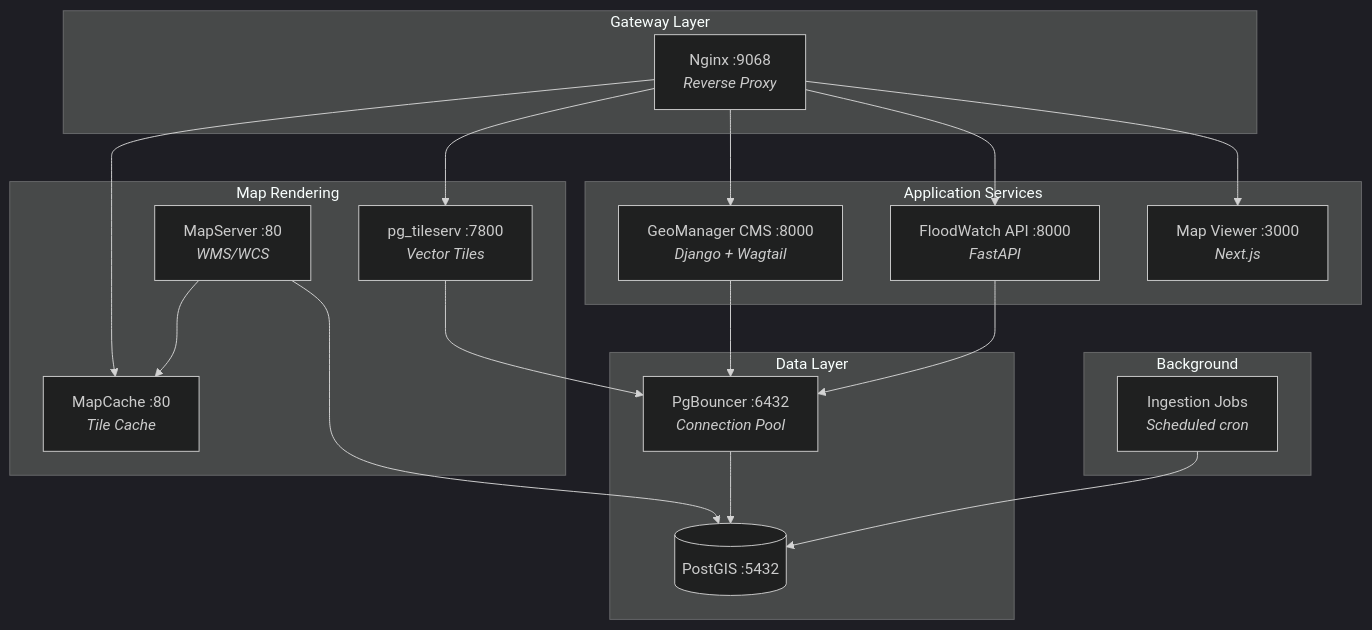
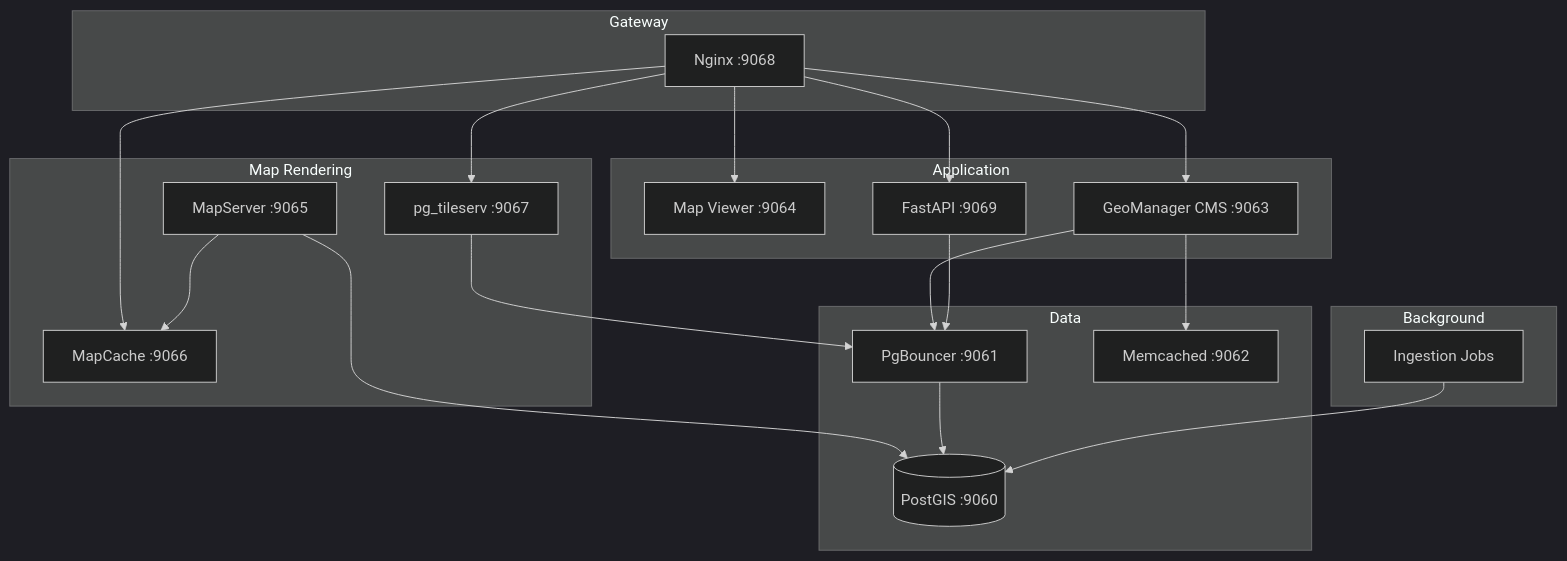
One commit to icpac-igad/flood_watch_system changed the first of 2 diagrams in mkdocs-site/docs/architecture/services.md. Above: the diagram before and after it, drawn with Mermaid (dark theme). The commit also changed other lines of this file and 4 other files, not shown here.

````diff
--- a/mkdocs-site/docs/architecture/services.md
+++ b/mkdocs-site/docs/architecture/services.md
@@ -11,41 +32,43 @@
 ```mermaid
 graph TB
-    subgraph Gateway Layer
-        NGINX[Nginx :9068<br/><i>Reverse Proxy</i>]
+    subgraph Gateway
+        NGINX[Nginx :9068]
     end
 
-    subgraph Application Services
-        CMS[GeoManager CMS :8000<br/><i>Django + Wagtail</i>]
-        API[FloodWatch API :8000<br/><i>FastAPI</i>]
-        VIEWER[Map Viewer :3000<br/><i>Next.js</i>]
+    subgraph Application
+        VIEWER[Map Viewer :9064]
+        API[FastAPI :9069]
+        CMS[GeoManager CMS :9063]
     end
 
     subgraph Map Rendering
-        MAPSERVER[MapServer :80<br/><i>WMS/WCS</i>]
-        MAPCACHE[MapCache :80<br/><i>Tile Cache</i>]
-        TILESERV[pg_tileserv :7800<br/><i>Vector Tiles</i>]
+        MAPCACHE[MapCache :9066]
+        MAPSERVER[MapServer :9065]
+        TILESERV[pg_tileserv :9067]
     end
 
-    subgraph Data Layer
-        PGBOUNCER[PgBouncer :6432<br/><i>Connection Pool</i>]
-        DB[(PostGIS :5432)]
+    subgraph Data
+        PGBOUNCER[PgBouncer :9061]
+        DB[(PostGIS :9060)]
+        MEMCACHED[Memcached :9062]
     end
 
     subgraph Background
-        JOBS[Ingestion Jobs<br/><i>Scheduled cron</i>]
+        JOBS[Ingestion Jobs]
     end
 
+    NGINX --> VIEWER
+    NGINX --> API
     NGINX --> CMS
-    NGINX --> API
-    NGINX --> VIEWER
     NGINX --> MAPCACHE
     NGINX --> TILESERV
 
     MAPSERVER --> MAPCACHE
     CMS --> PGBOUNCER
     API --> PGBOUNCER
     TILESERV --> PGBOUNCER
     MAPSERVER --> DB
     PGBOUNCER --> DB
     JOBS --> DB
+    CMS --> MEMCACHED
 ```
````
